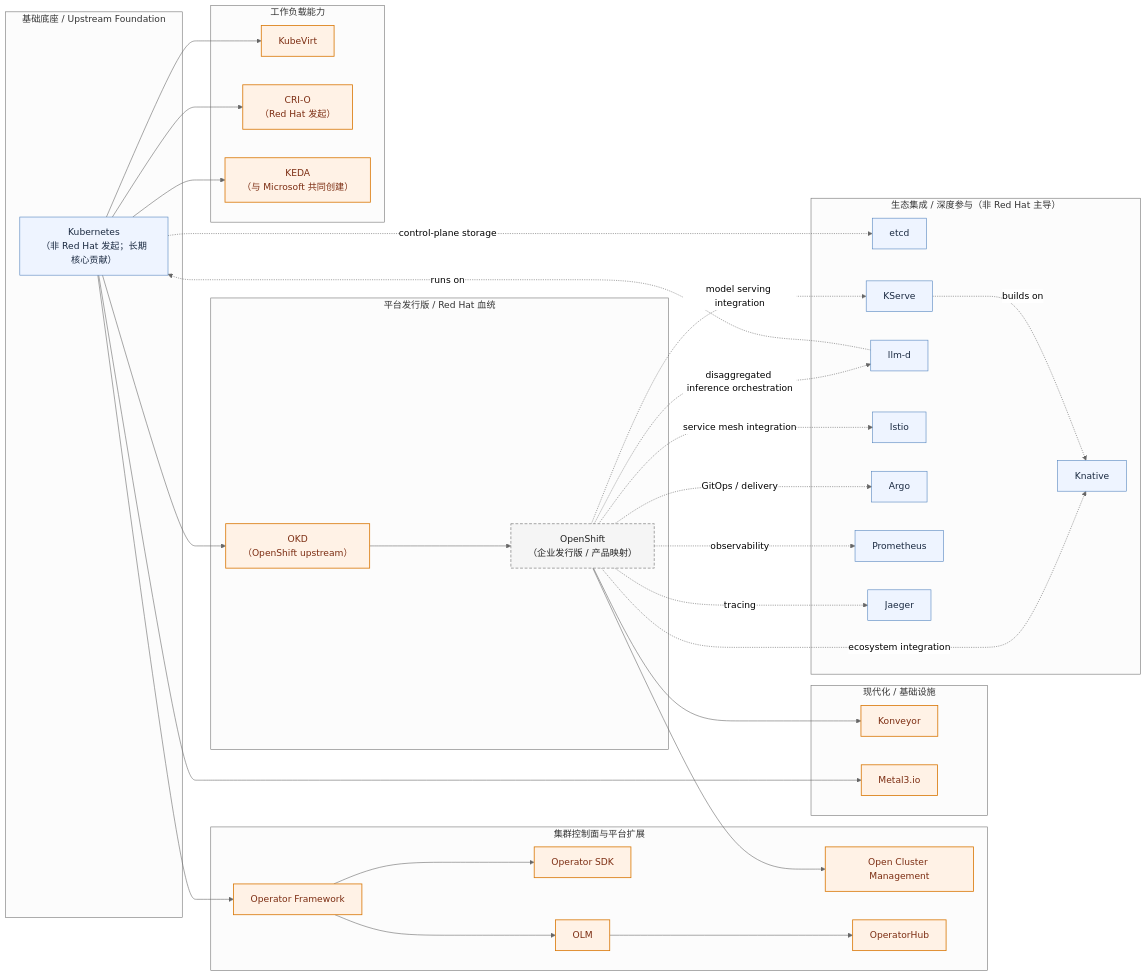
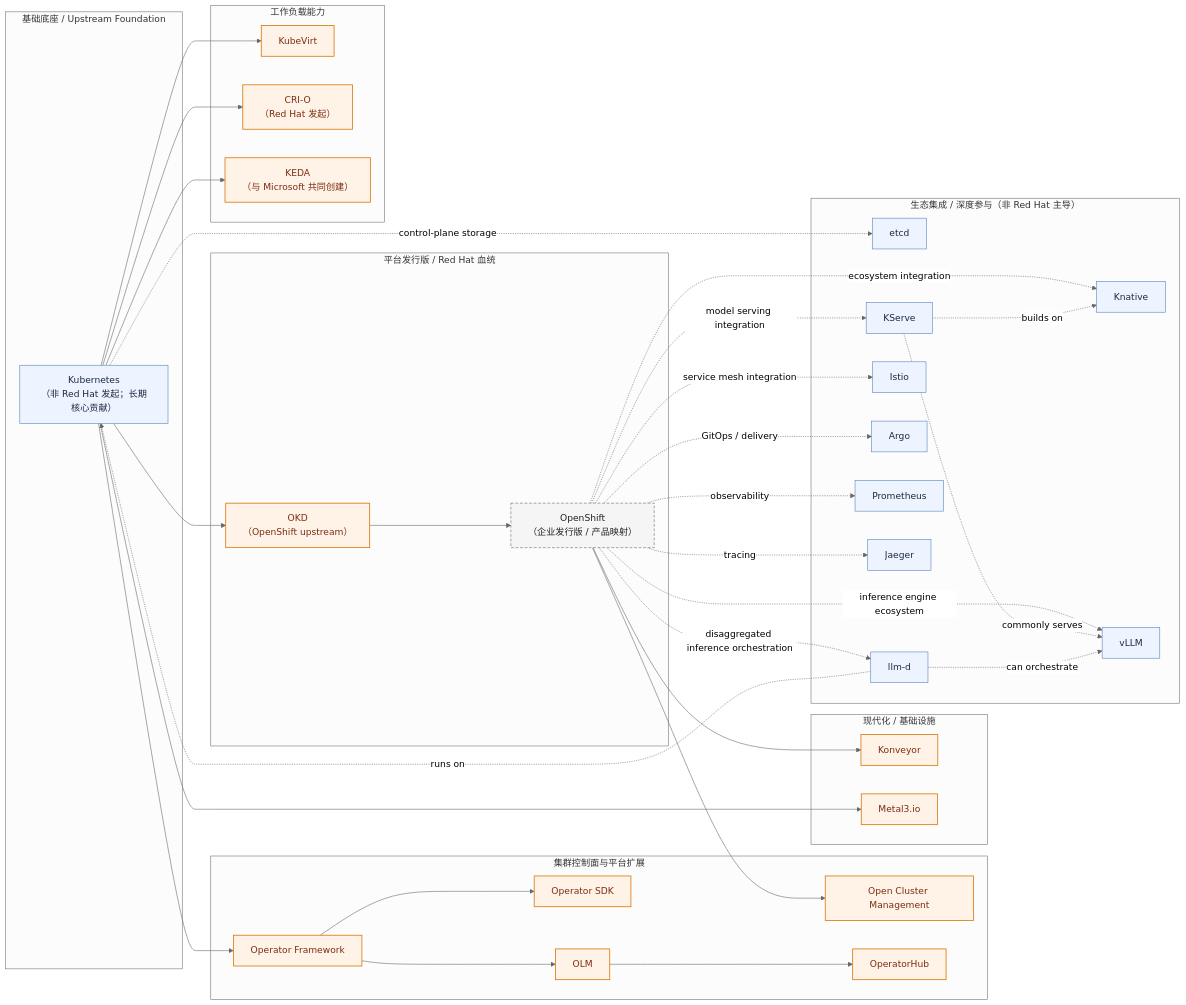
The diagram in case-study/redhat.md (pacoxu/AI-Infra), drawn with Mermaid (neutral theme) before and after one commit. The commit also changed other lines of this file and 2 other files, not shown here.

Commit message:
case-study: add requested azure redhat and tencent projects

````diff
--- a/case-study/redhat.md
+++ b/case-study/redhat.md
@@ -5,75 +5,79 @@
 ```mermaid
 flowchart LR
   subgraph BASE["基础底座 / Upstream Foundation"]
     K8S["Kubernetes\n（非 Red Hat 发起；长期核心贡献）"]
   end
 
   subgraph PLATFORM["平台发行版 / Red Hat 血统"]
     OKD["OKD\n（OpenShift upstream）"]
     OCP["OpenShift\n（企业发行版 / 产品映射）"]
   end
 
   subgraph CONTROL["集群控制面与平台扩展"]
     OCM["Open Cluster Management"]
     OF["Operator Framework"]
     SDK["Operator SDK"]
     OLM["OLM"]
     OH["OperatorHub"]
   end
 
   subgraph WORKLOAD["工作负载能力"]
     KV["KubeVirt"]
     CRIO["CRI-O\n（Red Hat 发起）"]
     KEDA["KEDA\n（与 Microsoft 共同创建）"]
   end
 
   subgraph INFRA["现代化 / 基础设施"]
     KONV["Konveyor"]
     M3["Metal3.io"]
   end
 
   subgraph ECO["生态集成 / 深度参与（非 Red Hat 主导）"]
     ETCD["etcd"]
     KN["Knative"]
     KSERVE["KServe"]
     LLMD["llm-d"]
+    VLLM["vLLM"]
     ISTIO["Istio"]
     ARGO["Argo"]
     PROM["Prometheus"]
     JAE["Jaeger"]
   end
 
   K8S --> OKD
   OKD --> OCP
 
   K8S --> OF
   OF --> SDK
   OF --> OLM
   OLM --> OH
   OCP --> OCM
 
   K8S --> KV
   K8S --> CRIO
   K8S --> KEDA
   OCP --> KONV
   K8S --> M3
 
   K8S -. control-plane storage .-> ETCD
   OCP -. ecosystem integration .-> KN
   OCP -. model serving integration .-> KSERVE
   OCP -. disaggregated inference orchestration .-> LLMD
+  OCP -. inference engine ecosystem .-> VLLM
   OCP -. service mesh integration .-> ISTIO
   OCP -. GitOps / delivery .-> ARGO
   OCP -. observability .-> PROM
   OCP -. tracing .-> JAE
   KSERVE -. builds on .-> KN
+  KSERVE -. commonly serves .-> VLLM
   LLMD -. runs on .-> K8S
+  LLMD -. can orchestrate .-> VLLM
 
   classDef rh fill:#fff2e6,stroke:#d97706,color:#7c2d12,stroke-width:1.4px;
   classDef eco fill:#eef4ff,stroke:#4f81bd,color:#1b2a41,stroke-width:1px;
   classDef prod fill:#f5f5f5,stroke:#666,color:#222,stroke-dasharray: 5 3;
 
   class OKD,OCM,OF,SDK,OLM,OH,KV,CRIO,KEDA,KONV,M3 rh;
-  class ETCD,K8S,KN,KSERVE,LLMD,ISTIO,ARGO,PROM,JAE eco;
+  class ETCD,K8S,KN,KSERVE,LLMD,VLLM,ISTIO,ARGO,PROM,JAE eco;
   class OCP prod;
 ```
````
